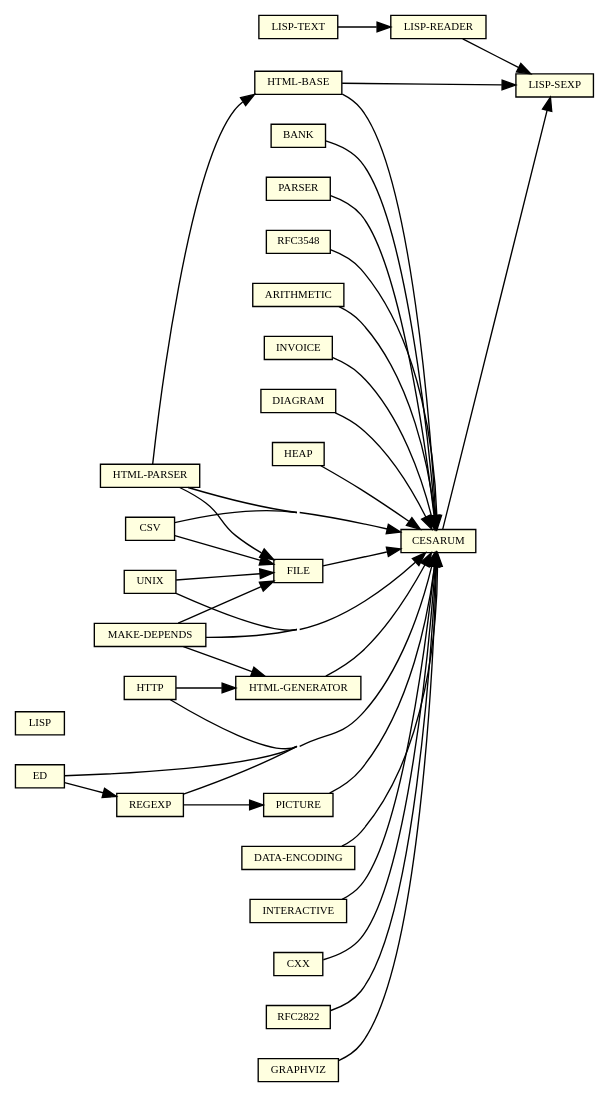
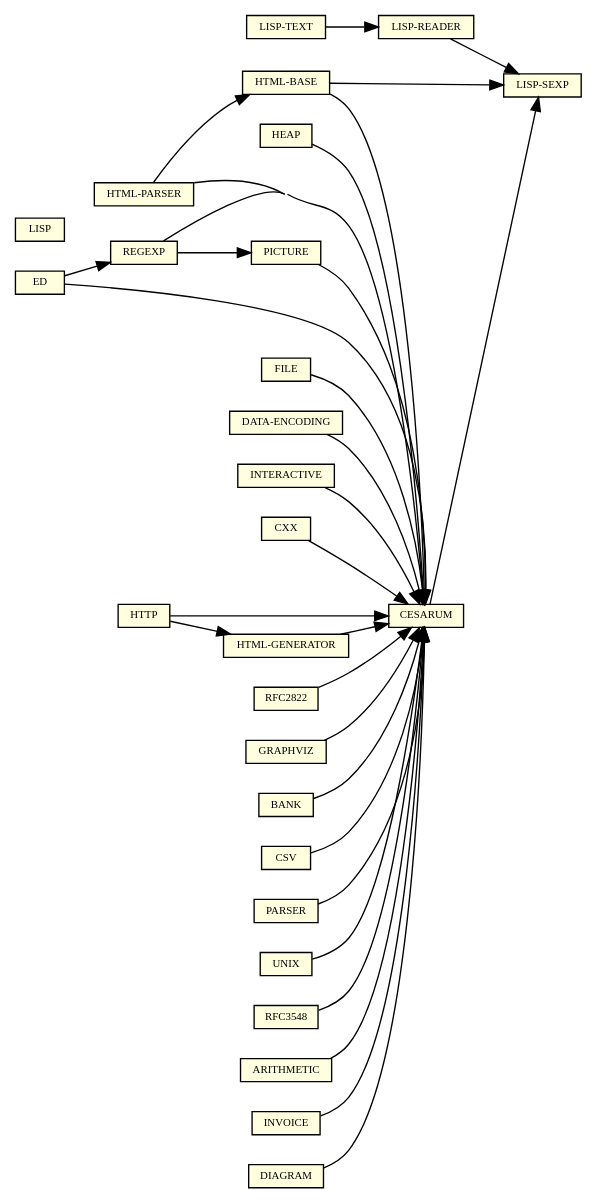
Before and after one commit to informatimago/lisp: the diagram in common-lisp/system-graph.dot, drawn with Graphviz. The commit also changed 118 other files, not shown here.

Commit message:
Merged back com.informatimago.common-lisp.file into com.informatimago.common-lisp.cesarum.  Updated the other libraries.

```diff
--- a/common-lisp/system-graph.dot
+++ b/common-lisp/system-graph.dot
@@ -1,81 +1,74 @@
 digraph Untitled
 {
 rankdir=LR;
 concentrate=true;
 // attributes of graph:
 // page=8,11.4;    // page size (NeXTprinter:A4).
 // size=30,8;     // graph size (please edit to fit).
 // rotate=90;    // graph orientation (please edit to fit).
 // ratio=fill;  // fill the size (or compress, auto, aspect/ratio).
 nodesep=0.3;
 ranksep=0.3;
 center=1;
 // common attributes of NODES:
 node [height=0.2 width=0.5 shape=box fontsize=8 fontname=Times] ;
-ELEMENTCLASS308135 [ style=filled color=black fillcolor=LightYellow label="HEAP" ];
-ELEMENTCLASS308134 [ style=filled color=black fillcolor=LightYellow label="REGEXP" ];
-ELEMENTCLASS308133 [ style=filled color=black fillcolor=LightYellow label="FILE" ];
-ELEMENTCLASS308132 [ style=filled color=black fillcolor=LightYellow label="CESARUM" ];
-ELEMENTCLASS308131 [ style=filled color=black fillcolor=LightYellow label="DATA-ENCODING" ];
-ELEMENTCLASS308130 [ style=filled color=black fillcolor=LightYellow label="INTERACTIVE" ];
-ELEMENTCLASS308129 [ style=filled color=black fillcolor=LightYellow label="CXX" ];
-ELEMENTCLASS308128 [ style=filled color=black fillcolor=LightYellow label="HTML-GENERATOR" ];
-ELEMENTCLASS308127 [ style=filled color=black fillcolor=LightYellow label="RFC2822" ];
-ELEMENTCLASS308126 [ style=filled color=black fillcolor=LightYellow label="ED" ];
-ELEMENTCLASS308125 [ style=filled color=black fillcolor=LightYellow label="HTML-PARSER" ];
-ELEMENTCLASS308124 [ style=filled color=black fillcolor=LightYellow label="GRAPHVIZ" ];
-ELEMENTCLASS308123 [ style=filled color=black fillcolor=LightYellow label="LISP" ];
-ELEMENTCLASS308122 [ style=filled color=black fillcolor=LightYellow label="LISP-READER" ];
-ELEMENTCLASS308121 [ style=filled color=black fillcolor=LightYellow label="HTTP" ];
-ELEMENTCLASS308120 [ style=filled color=black fillcolor=LightYellow label="BANK" ];
-ELEMENTCLASS308119 [ style=filled color=black fillcolor=LightYellow label="CSV" ];
-ELEMENTCLASS308118 [ style=filled color=black fillcolor=LightYellow label="PARSER" ];
-ELEMENTCLASS308117 [ style=filled color=black fillcolor=LightYellow label="UNIX" ];
-ELEMENTCLASS308116 [ style=filled color=black fillcolor=LightYellow label="MAKE-DEPENDS" ];
-ELEMENTCLASS308115 [ style=filled color=black fillcolor=LightYellow label="LISP-SEXP" ];
-ELEMENTCLASS308114 [ style=filled color=black fillcolor=LightYellow label="RFC3548" ];
-ELEMENTCLASS308113 [ style=filled color=black fillcolor=LightYellow label="LISP-TEXT" ];
-ELEMENTCLASS308112 [ style=filled color=black fillcolor=LightYellow label="PICTURE" ];
-ELEMENTCLASS308111 [ style=filled color=black fillcolor=LightYellow label="ARITHMETIC" ];
-ELEMENTCLASS308110 [ style=filled color=black fillcolor=LightYellow label="INVOICE" ];
-ELEMENTCLASS308109 [ style=filled color=black fillcolor=LightYellow label="HTML-BASE" ];
-ELEMENTCLASS308108 [ style=filled color=black fillcolor=LightYellow label="DIAGRAM" ];
+ELEMENTCLASS42903 [ style=filled color=black fillcolor=LightYellow label="HEAP" ];
+ELEMENTCLASS42902 [ style=filled color=black fillcolor=LightYellow label="REGEXP" ];
+ELEMENTCLASS42901 [ style=filled color=black fillcolor=LightYellow label="FILE" ];
+ELEMENTCLASS42900 [ style=filled color=black fillcolor=LightYellow label="CESARUM" ];
+ELEMENTCLASS42899 [ style=filled color=black fillcolor=LightYellow label="DATA-ENCODING" ];
+ELEMENTCLASS42898 [ style=filled color=black fillcolor=LightYellow label="INTERACTIVE" ];
+ELEMENTCLASS42897 [ style=filled color=black fillcolor=LightYellow label="CXX" ];
+ELEMENTCLASS42896 [ style=filled color=black fillcolor=LightYellow label="HTML-GENERATOR" ];
+ELEMENTCLASS42895 [ style=filled color=black fillcolor=LightYellow label="RFC2822" ];
+ELEMENTCLASS42894 [ style=filled color=black fillcolor=LightYellow label="ED" ];
+ELEMENTCLASS42893 [ style=filled color=black fillcolor=LightYellow label="HTML-PARSER" ];
+ELEMENTCLASS42892 [ style=filled color=black fillcolor=LightYellow label="GRAPHVIZ" ];
+ELEMENTCLASS42891 [ style=filled color=black fillcolor=LightYellow label="LISP" ];
+ELEMENTCLASS42890 [ style=filled color=black fillcolor=LightYellow label="LISP-READER" ];
+ELEMENTCLASS42889 [ style=filled color=black fillcolor=LightYellow label="HTTP" ];
+ELEMENTCLASS42888 [ style=filled color=black fillcolor=LightYellow label="BANK" ];
+ELEMENTCLASS42887 [ style=filled color=black fillcolor=LightYellow label="CSV" ];
+ELEMENTCLASS42886 [ style=filled color=black fillcolor=LightYellow label="PARSER" ];
+ELEMENTCLASS42885 [ style=filled color=black fillcolor=LightYellow label="UNIX" ];
+ELEMENTCLASS42884 [ style=filled color=black fillcolor=LightYellow label="LISP-SEXP" ];
+ELEMENTCLASS42883 [ style=filled color=black fillcolor=LightYellow label="RFC3548" ];
+ELEMENTCLASS42882 [ style=filled color=black fillcolor=LightYellow label="LISP-TEXT" ];
+ELEMENTCLASS42881 [ style=filled color=black fillcolor=LightYellow label="PICTURE" ];
+ELEMENTCLASS42880 [ style=filled color=black fillcolor=LightYellow label="ARITHMETIC" ];
+ELEMENTCLASS42879 [ style=filled color=black fillcolor=LightYellow label="INVOICE" ];
+ELEMENTCLASS42878 [ style=filled color=black fillcolor=LightYellow label="HTML-BASE" ];
+ELEMENTCLASS42877 [ style=filled color=black fillcolor=LightYellow label="DIAGRAM" ];
 // common attributes of edges:
 edge [style=solid];
-ELEMENTCLASS308135 -> ELEMENTCLASS308132 ;
-ELEMENTCLASS308134 -> ELEMENTCLASS308112 ;
-ELEMENTCLASS308134 -> ELEMENTCLASS308132 ;
-ELEMENTCLASS308133 -> ELEMENTCLASS308132 ;
-ELEMENTCLASS308132 -> ELEMENTCLASS308115 ;
-ELEMENTCLASS308131 -> ELEMENTCLASS308132 ;
-ELEMENTCLASS308130 -> ELEMENTCLASS308132 ;
-ELEMENTCLASS308129 -> ELEMENTCLASS308132 ;
-ELEMENTCLASS308128 -> ELEMENTCLASS308132 ;
-ELEMENTCLASS308127 -> ELEMENTCLASS308132 ;
-ELEMENTCLASS308126 -> ELEMENTCLASS308134 ;
-ELEMENTCLASS308126 -> ELEMENTCLASS308132 ;
-ELEMENTCLASS308125 -> ELEMENTCLASS308109 ;
-ELEMENTCLASS308125 -> ELEMENTCLASS308133 ;
-ELEMENTCLASS308125 -> ELEMENTCLASS308132 ;
-ELEMENTCLASS308124 -> ELEMENTCLASS308132 ;
-ELEMENTCLASS308122 -> ELEMENTCLASS308115 ;
-ELEMENTCLASS308121 -> ELEMENTCLASS308128 ;
-ELEMENTCLASS308121 -> ELEMENTCLASS308132 ;
-ELEMENTCLASS308120 -> ELEMENTCLASS308132 ;
-ELEMENTCLASS308119 -> ELEMENTCLASS308133 ;
-ELEMENTCLASS308119 -> ELEMENTCLASS308132 ;
-ELEMENTCLASS308118 -> ELEMENTCLASS308132 ;
-ELEMENTCLASS308117 -> ELEMENTCLASS308133 ;
-ELEMENTCLASS308117 -> ELEMENTCLASS308132 ;
-ELEMENTCLASS308116 -> ELEMENTCLASS308128 ;
-ELEMENTCLASS308116 -> ELEMENTCLASS308133 ;
-ELEMENTCLASS308116 -> ELEMENTCLASS308132 ;
-ELEMENTCLASS308114 -> ELEMENTCLASS308132 ;
-ELEMENTCLASS308113 -> ELEMENTCLASS308122 ;
-ELEMENTCLASS308112 -> ELEMENTCLASS308132 ;
-ELEMENTCLASS308111 -> ELEMENTCLASS308132 ;
-ELEMENTCLASS308110 -> ELEMENTCLASS308132 ;
-ELEMENTCLASS308109 -> ELEMENTCLASS308115 ;
-ELEMENTCLASS308109 -> ELEMENTCLASS308132 ;
-ELEMENTCLASS308108 -> ELEMENTCLASS308132 ;
+ELEMENTCLASS42903 -> ELEMENTCLASS42900 ;
+ELEMENTCLASS42902 -> ELEMENTCLASS42881 ;
+ELEMENTCLASS42902 -> ELEMENTCLASS42900 ;
+ELEMENTCLASS42901 -> ELEMENTCLASS42900 ;
+ELEMENTCLASS42900 -> ELEMENTCLASS42884 ;
+ELEMENTCLASS42899 -> ELEMENTCLASS42900 ;
+ELEMENTCLASS42898 -> ELEMENTCLASS42900 ;
+ELEMENTCLASS42897 -> ELEMENTCLASS42900 ;
+ELEMENTCLASS42896 -> ELEMENTCLASS42900 ;
+ELEMENTCLASS42895 -> ELEMENTCLASS42900 ;
+ELEMENTCLASS42894 -> ELEMENTCLASS42902 ;
+ELEMENTCLASS42894 -> ELEMENTCLASS42900 ;
+ELEMENTCLASS42893 -> ELEMENTCLASS42878 ;
+ELEMENTCLASS42893 -> ELEMENTCLASS42900 ;
+ELEMENTCLASS42892 -> ELEMENTCLASS42900 ;
+ELEMENTCLASS42890 -> ELEMENTCLASS42884 ;
+ELEMENTCLASS42889 -> ELEMENTCLASS42896 ;
+ELEMENTCLASS42889 -> ELEMENTCLASS42900 ;
+ELEMENTCLASS42888 -> ELEMENTCLASS42900 ;
+ELEMENTCLASS42887 -> ELEMENTCLASS42900 ;
+ELEMENTCLASS42886 -> ELEMENTCLASS42900 ;
+ELEMENTCLASS42885 -> ELEMENTCLASS42900 ;
+ELEMENTCLASS42883 -> ELEMENTCLASS42900 ;
+ELEMENTCLASS42882 -> ELEMENTCLASS42890 ;
+ELEMENTCLASS42881 -> ELEMENTCLASS42900 ;
+ELEMENTCLASS42880 -> ELEMENTCLASS42900 ;
+ELEMENTCLASS42879 -> ELEMENTCLASS42900 ;
+ELEMENTCLASS42878 -> ELEMENTCLASS42884 ;
+ELEMENTCLASS42878 -> ELEMENTCLASS42900 ;
+ELEMENTCLASS42877 -> ELEMENTCLASS42900 ;
 }
```
